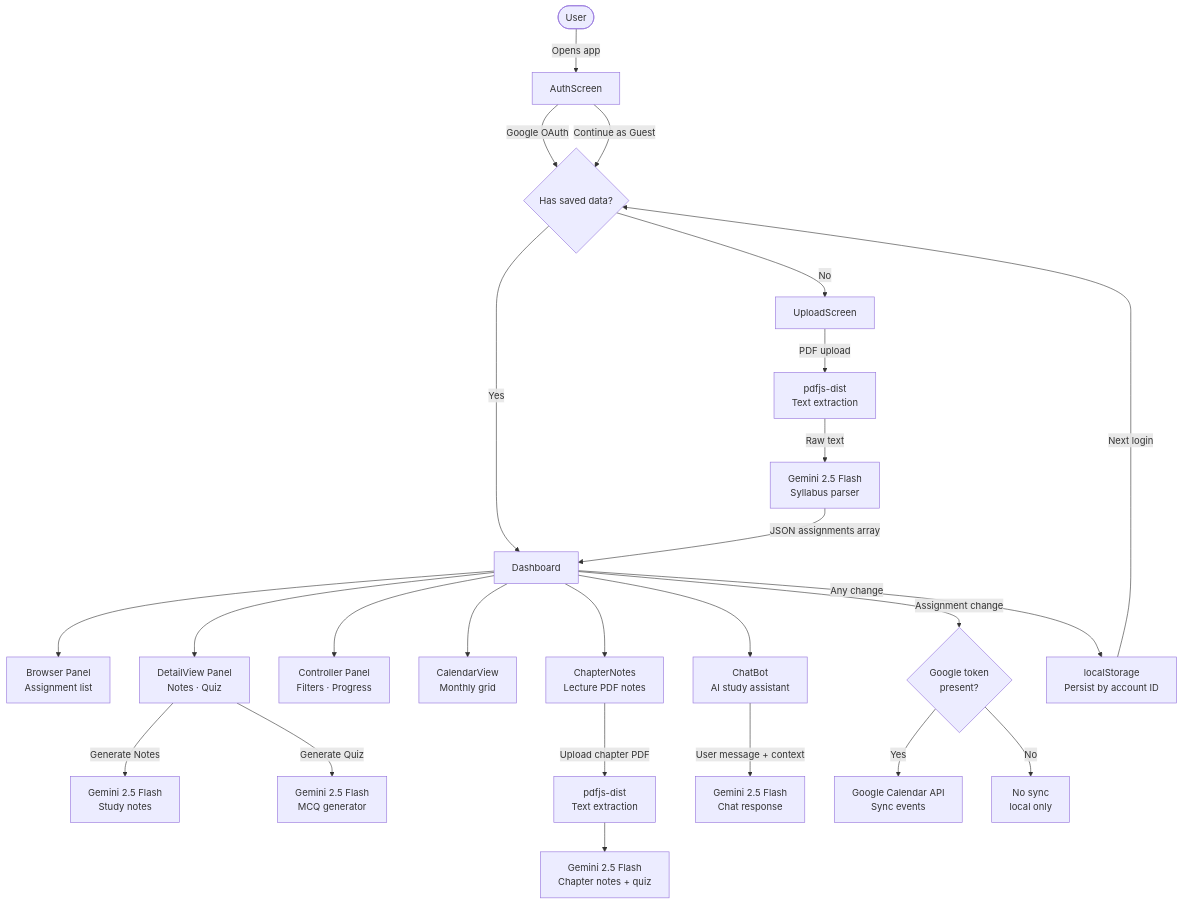
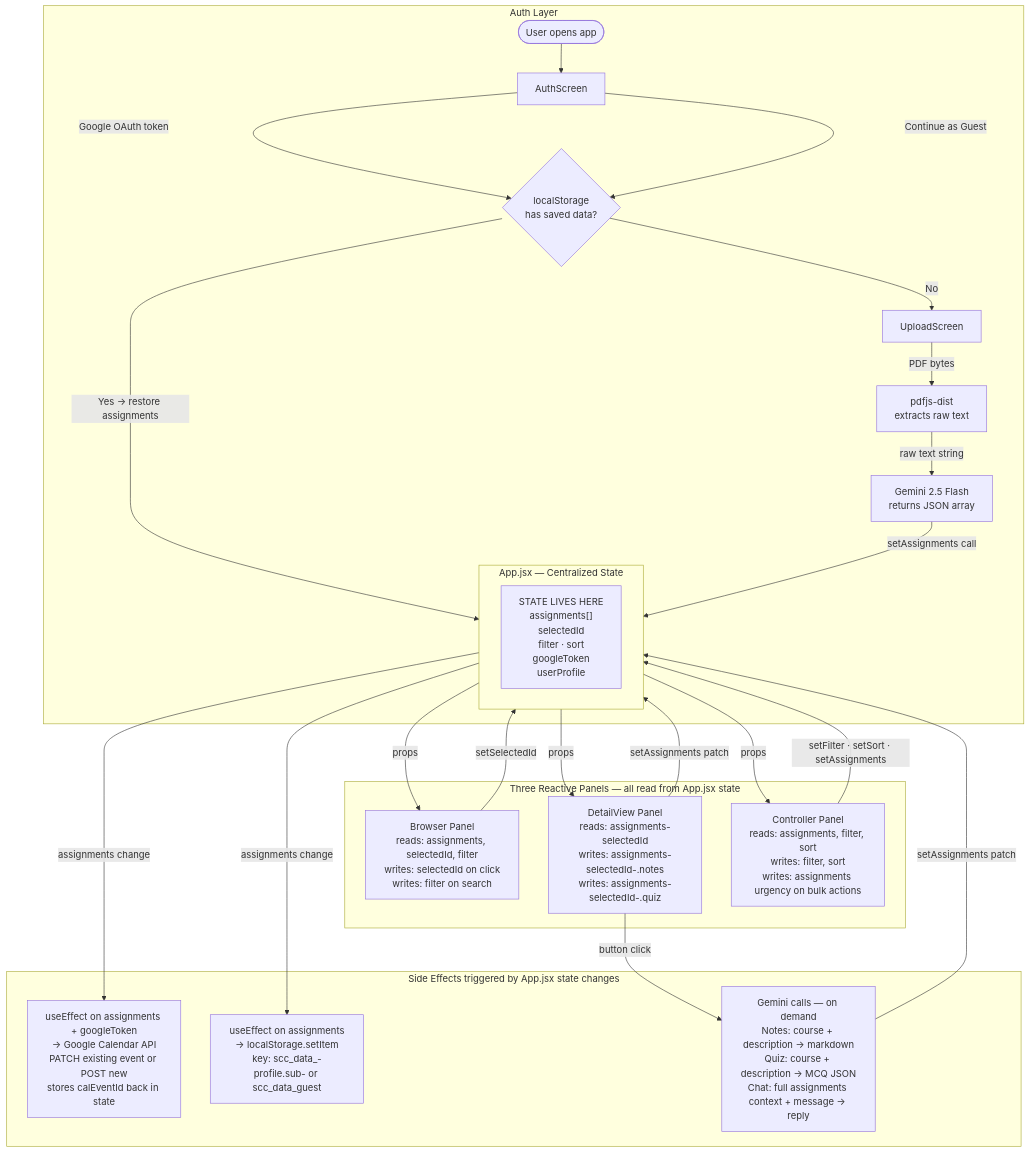
One commit to VirenChauhan19/ReactBox changed the diagram in README.md. Above: the diagram before and after it, drawn with Mermaid. The commit also changed other lines of this file and 2 other files, not shown here.

````diff
--- a/README.md
+++ b/README.md
@@ -118,31 +194,41 @@
 ```mermaid
 flowchart TD
-    A([User]) -->|Opens app| B[AuthScreen]
-    B -->|Google OAuth| C{Has saved data?}
-    B -->|Continue as Guest| C
-    C -->|Yes| D[Dashboard]
-    C -->|No| E[UploadScreen]
-    E -->|PDF upload| F[pdfjs-dist\nText extraction]
-    F -->|Raw text| G[Gemini 2.5 Flash\nSyllabus parser]
-    G -->|JSON assignments array| D
+    subgraph AUTH["Auth Layer"]
+        A([User opens app]) --> B[AuthScreen]
+        B -->|Google OAuth token| C{localStorage\nhas saved data?}
+        B -->|Continue as Guest| C
+        C -->|Yes → restore assignments| APP
+        C -->|No| E[UploadScreen]
+        E -->|PDF bytes| F[pdfjs-dist\nextracts raw text]
+        F -->|raw text string| G[Gemini 2.5 Flash\nreturns JSON array]
+        G -->|setAssignments call| APP
+    end
 
-    D --> H[Browser Panel\nAssignment list]
-    D --> I[DetailView Panel\nNotes · Quiz]
-    D --> J[Controller Panel\nFilters · Progress]
-    D --> K[CalendarView\nMonthly grid]
-    D --> L[ChapterNotes\nLecture PDF notes]
-    D --> M[ChatBot\nAI study assistant]
+    subgraph APP["App.jsx — Centralized State"]
+        STATE["STATE LIVES HERE\nassignments[]\nselectedId\nfilter · sort\ngoogleToken\nuserProfile"]
+    end
 
-    I -->|Generate Notes| N[Gemini 2.5 Flash\nStudy notes]
-    I -->|Generate Quiz| O[Gemini 2.5 Flash\nMCQ generator]
-    L -->|Upload chapter PDF| P[pdfjs-dist\nText extraction]
-    P --> Q[Gemini 2.5 Flash\nChapter notes + quiz]
-    M -->|User message + context| R[Gemini 2.5 Flash\nChat response]
+    subgraph PANELS["Three Reactive Panels — all read from App.jsx state"]
+        H["Browser Panel\nreads: assignments, selectedId, filter\nwrites: selectedId on click\nwrites: filter on search"]
+        I["DetailView Panel\nreads: assignments-selectedId\nwrites: assignments-selectedId-.notes\nwrites: assignments-selectedId-.quiz"]
+        J["Controller Panel\nreads: assignments, filter, sort\nwrites: filter, sort\nwrites: assignments urgency on bulk actions"]
+    end
 
-    D -->|Assignment change| S{Google token\npresent?}
-    S -->|Yes| T[Google Calendar API\nSync events]
-    S -->|No| U[No sync\nlocal only]
+    APP -->|props| H
+    APP -->|props| I
+    APP -->|props| J
+    H -->|setSelectedId| APP
+    I -->|setAssignments patch| APP
+    J -->|setFilter · setSort · setAssignments| APP
 
-    D -->|Any change| V[localStorage\nPersist by account ID]
-    V -->|Next login| C
+    subgraph SIDE["Side Effects triggered by App.jsx state changes"]
+        K["useEffect on assignments + googleToken\n→ Google Calendar API\nPATCH existing event or POST new\nstores calEventId back in state"]
+        L["useEffect on assignments\n→ localStorage.setItem\nkey: scc_data_-profile.sub- or scc_data_guest"]
+        M["Gemini calls — on demand\nNotes: course + description → markdown\nQuiz: course + description → MCQ JSON\nChat: full assignments context + message → reply"]
+    end
+
+    APP -->|assignments change| K
+    APP -->|assignments change| L
+    I -->|button click| M
+    M -->|setAssignments patch| APP
 ```
````
